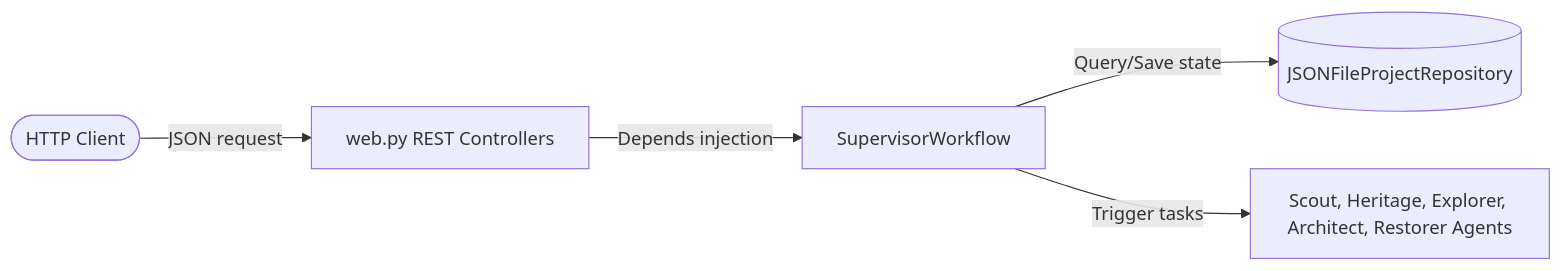
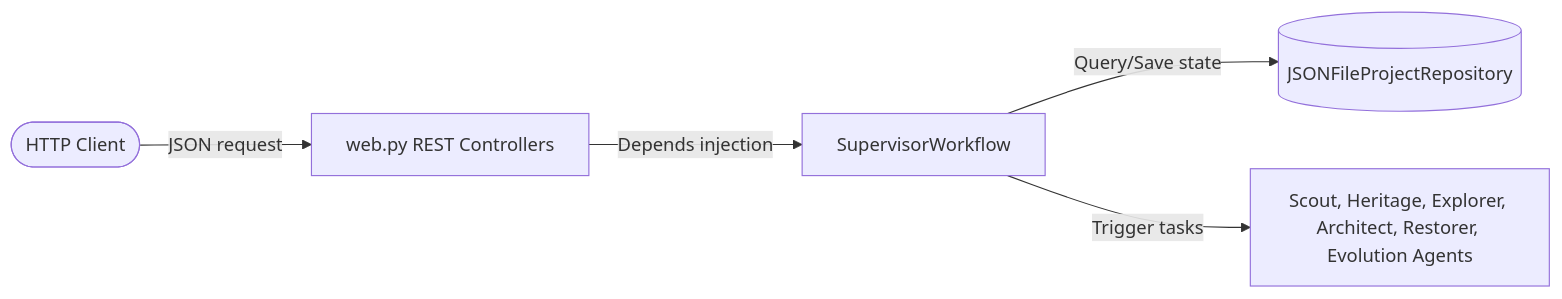
Diagram 12 of 12 in .agents/architecture.md (RamSaiDeep/ReForge), drawn with Mermaid before and after one commit. The commit also changed other lines of this file and 50 other files, not shown here.

Commit message:
feat: implement EvolutionPlannerAgent, Stage 7 flowcharts, and fix test suite collection issues

````diff
--- a/.agents/architecture.md
+++ b/.agents/architecture.md
@@ -395,7 +418,7 @@
 ```mermaid
 flowchart LR
     Client([HTTP Client]) -->|JSON request| WebApp[web.py REST Controllers]
     WebApp -->|Depends injection| Usecase[SupervisorWorkflow]
     Usecase -->|Query/Save state| DB[(JSONFileProjectRepository)]
-    Usecase -->|Trigger tasks| Agents[Scout, Heritage, Explorer, Architect, Restorer Agents]
+    Usecase -->|Trigger tasks| Agents[Scout, Heritage, Explorer, Architect, Restorer, Evolution Agents]
 ```
````
